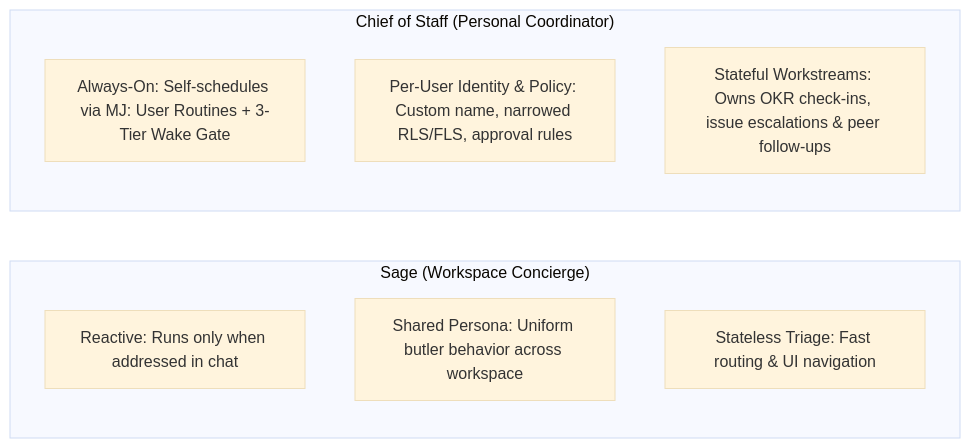
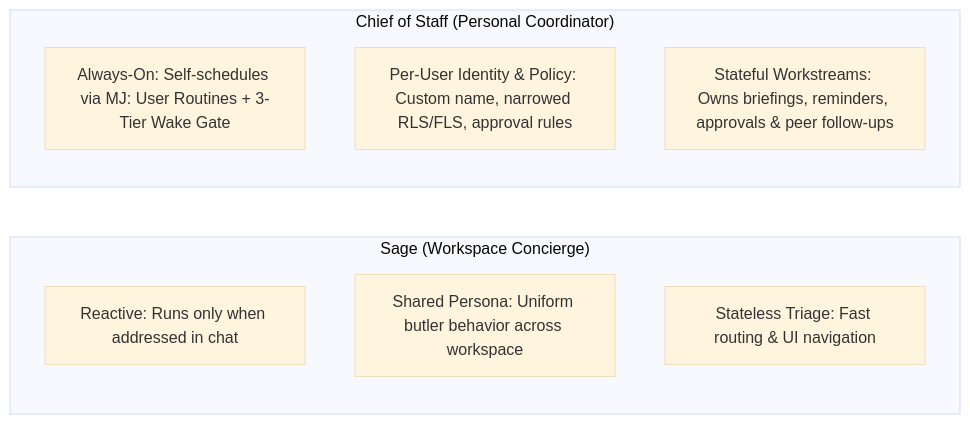
One commit to MemberJunction/MJ changed the second of 3 diagrams in guides/BUILT_IN_AGENTS_GUIDE.md. Above: the diagram before and after it, drawn with Mermaid (base theme). The commit also changed other lines of this file and 21 other files, not shown here.

````diff
--- a/guides/BUILT_IN_AGENTS_GUIDE.md
+++ b/guides/BUILT_IN_AGENTS_GUIDE.md
@@ -78,14 +78,14 @@
 ```mermaid
 flowchart LR
     subgraph SageModel["Sage (Workspace Concierge)"]
         S1["Reactive: Runs only when addressed in chat"]
         S2["Shared Persona: Uniform butler behavior across workspace"]
         S3["Stateless Triage: Fast routing & UI navigation"]
     end
 
     subgraph CoSModel["Chief of Staff (Personal Coordinator)"]
         C1["Always-On: Self-schedules via MJ: User Routines + 3-Tier Wake Gate"]
         C2["Per-User Identity & Policy: Custom name, narrowed RLS/FLS, approval rules"]
-        C3["Stateful Workstreams: Owns OKR check-ins, issue escalations & peer follow-ups"]
+        C3["Stateful Workstreams: Owns briefings, reminders, approvals & peer follow-ups"]
     end
 ```
````
